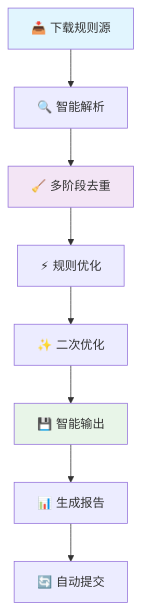
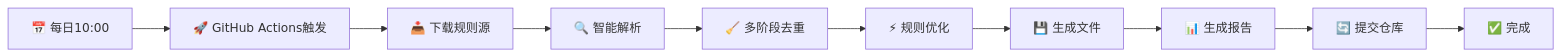
The diagram in README.md (wansheng8/ad-rule-automation), drawn with Mermaid before and after one commit. The commit also changed other lines of this file, not shown here.

````diff
--- a/README.md
+++ b/README.md
@@ -111,14 +130,12 @@
 ```mermaid
-graph TD
-    A[📥 下载规则源] --> B[🔍 智能解析]
-    B --> C[🧹 多阶段去重]
-    C --> D[⚡ 规则优化]
-    D --> E[✨ 二次优化]
-    E --> F[💾 智能输出]
-    F --> G[📊 生成报告]
-    G --> H[🔄 自动提交]
-    
-    style A fill:#e1f5fe
-    style C fill:#f3e5f5
-    style F fill:#e8f5e8
+graph LR
+    A[📅 每日10:00] --> B[🚀 GitHub Actions触发]
+    B --> C[📥 下载规则源]
+    C --> D[🔍 智能解析]
+    D --> E[🧹 多阶段去重]
+    E --> F[⚡ 规则优化]
+    F --> G[💾 生成文件]
+    G --> H[📊 生成报告]
+    H --> I[🔄 提交仓库]
+    I --> J[✅ 完成]
 ```
````
